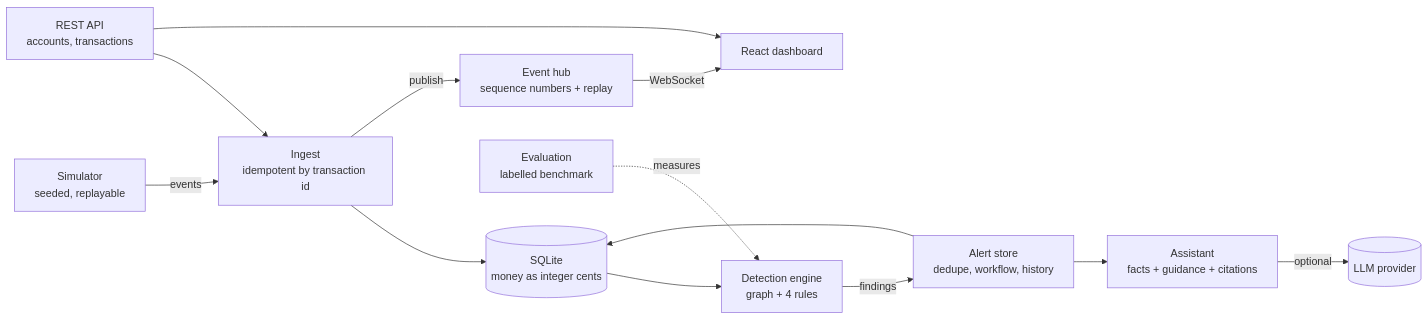
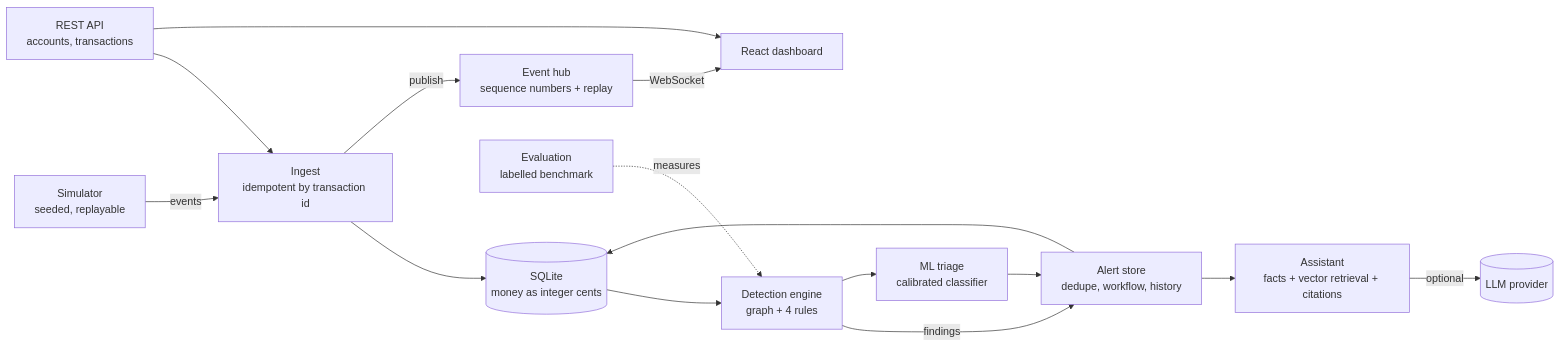
One commit to Rehan1604/GraphGuard changed the diagram in docs/ARCHITECTURE.md. Above: the diagram before and after it, drawn with Mermaid. The commit also changed other lines of this file and 55 other files, not shown here.

Commit message:
Add ML alert triage and vector-store RAG; update UI, tests and docs

````diff
--- a/docs/ARCHITECTURE.md
+++ b/docs/ARCHITECTURE.md
@@ -6,15 +6,17 @@
 ```mermaid
 flowchart LR
     SIM[Simulator<br/>seeded, replayable] -->|events| ING[Ingest<br/>idempotent by transaction id]
     API[REST API<br/>accounts, transactions] --> ING
     ING --> DB[(SQLite<br/>money as integer cents)]
     DB --> DET[Detection engine<br/>graph + 4 rules]
     DET -->|findings| ALR[Alert store<br/>dedupe, workflow, history]
     ALR --> DB
     ING -->|publish| HUB[Event hub<br/>sequence numbers + replay]
     HUB -->|WebSocket| UI[React dashboard]
     API --> UI
-    ALR --> RAG[Assistant<br/>facts + guidance + citations]
+    DET --> ML[ML triage<br/>calibrated classifier]
+    ML --> ALR
+    ALR --> RAG[Assistant<br/>facts + vector retrieval + citations]
     RAG -->|optional| LLM[(LLM provider)]
     EVAL[Evaluation<br/>labelled benchmark] -.measures.-> DET
 ```
````
